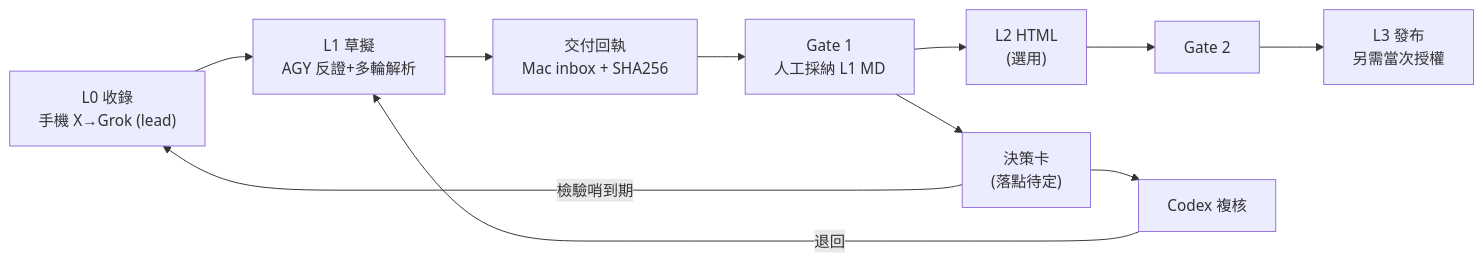
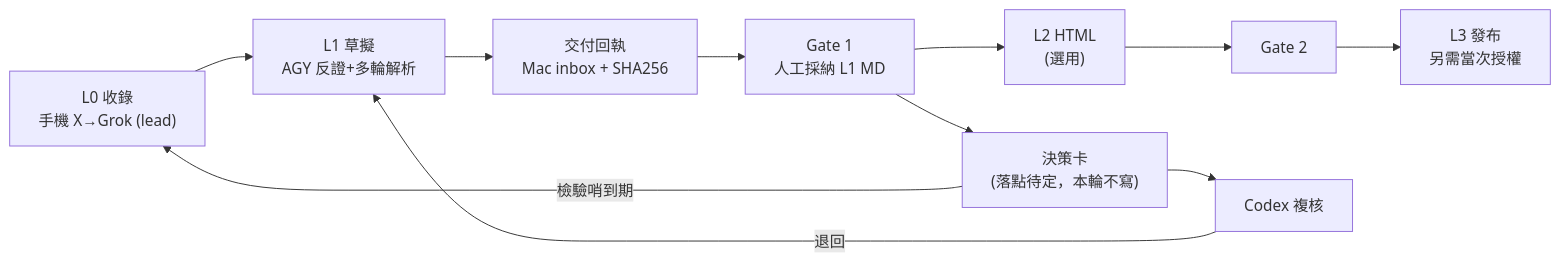
The diagram in plans/LOOP_x_grok_agy_codex_decision_card.md (arislee1979-afk/74_aerospace_defense_research), drawn with Mermaid before and after one commit. The commit also changed other lines of this file and 1 other file, not shown here.

````diff
--- a/plans/LOOP_x_grok_agy_codex_decision_card.md
+++ b/plans/LOOP_x_grok_agy_codex_decision_card.md
@@ -58,13 +52,13 @@
 ```mermaid
 flowchart LR
     A["L0 收錄<br/>手機 X→Grok (lead)"] --> B["L1 草擬<br/>AGY 反證+多輪解析"]
     B --> C["交付回執<br/>Mac inbox + SHA256"]
     C --> D["Gate 1<br/>人工採納 L1 MD"]
-    D --> E["決策卡<br/>(落點待定)"]
+    D --> E["決策卡<br/>(落點待定，本輪不寫)"]
     D --> F["L2 HTML<br/>(選用)"]
     F --> G["Gate 2"]
     G --> H["L3 發布<br/>另需當次授權"]
     E --> I["Codex 複核"]
     I -->|"退回"| B
     E -->|"檢驗哨到期"| A
 ```
````
